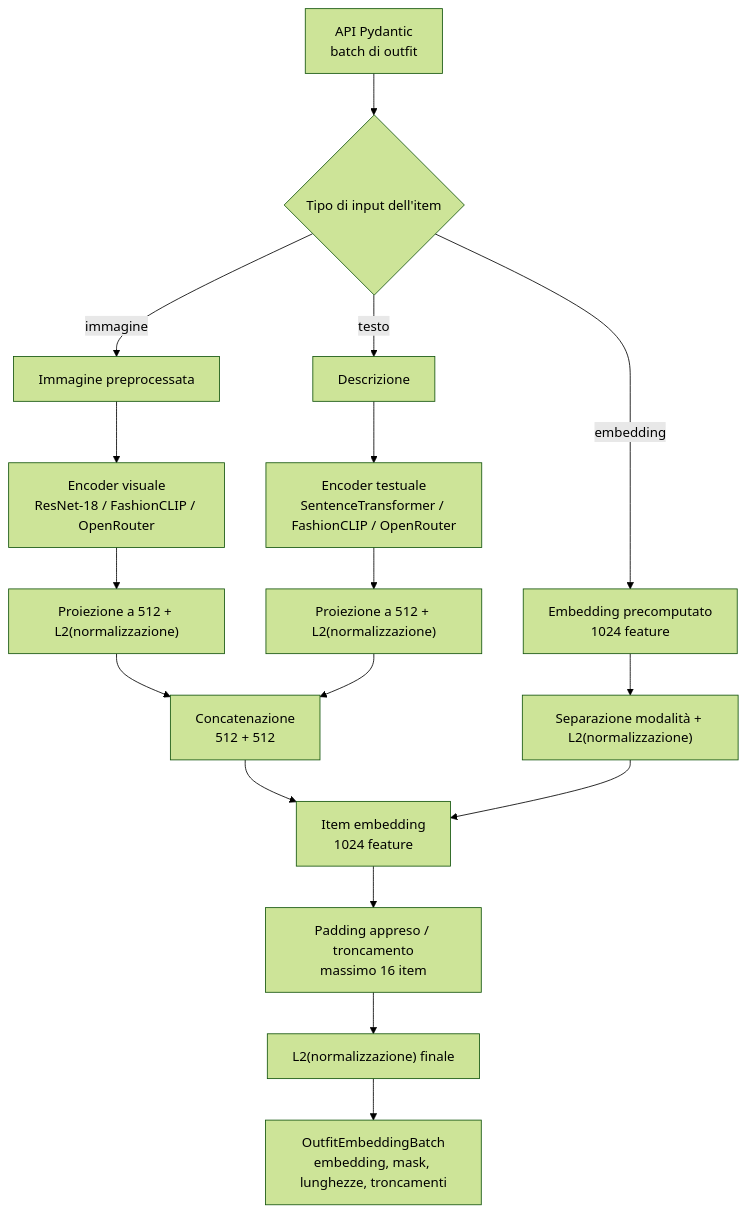
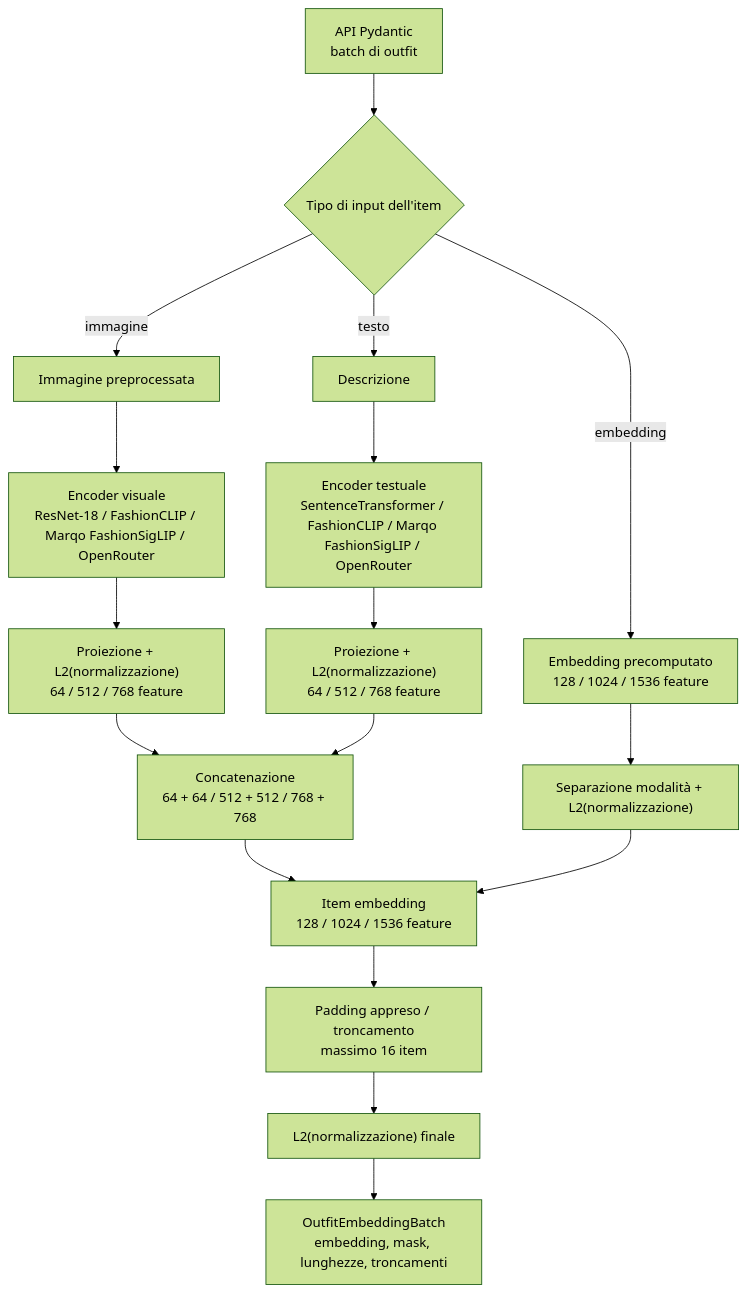
The diagram in model/common/README.md (FlorindoDev/OutfitTransformer), drawn with Mermaid (forest theme) before and after one commit. The commit also changed other lines of this file and 26 other files, not shown here.

First line of the commit message:
feat: aggiungi Marqo FashionSigLIP e precompute

````diff
--- a/model/common/README.md
+++ b/model/common/README.md
@@ -34,23 +42,23 @@
 ```mermaid
 flowchart TD
     API["API Pydantic<br/>batch di outfit"] --> TYPE{"Tipo di input dell'item"}
 
     TYPE -->|"immagine"| IMAGE["Immagine preprocessata"]
     TYPE -->|"testo"| TEXT["Descrizione"]
-    TYPE -->|"embedding"| PRE["Embedding precomputato<br/>1024 feature"]
+    TYPE -->|"embedding"| PRE["Embedding precomputato<br/>128 / 1024 / 1536 feature"]
 
-    IMAGE --> VE["Encoder visuale<br/>ResNet-18 / FashionCLIP / OpenRouter"]
-    TEXT --> TE["Encoder testuale<br/>SentenceTransformer / FashionCLIP / OpenRouter"]
-    VE --> VP["Proiezione a 512 + L2(normalizzazione)"]
-    TE --> TP["Proiezione a 512 + L2(normalizzazione)"]
-    VP --> CAT["Concatenazione<br/>512 + 512"]
+    IMAGE --> VE["Encoder visuale<br/>ResNet-18 / FashionCLIP / Marqo FashionSigLIP / OpenRouter"]
+    TEXT --> TE["Encoder testuale<br/>SentenceTransformer / FashionCLIP / Marqo FashionSigLIP / OpenRouter"]
+    VE --> VP["Proiezione + L2(normalizzazione)<br/>64 / 512 / 768 feature"]
+    TE --> TP["Proiezione + L2(normalizzazione)<br/>64 / 512 / 768 feature"]
+    VP --> CAT["Concatenazione<br/>64 + 64 / 512 + 512 / 768 + 768"]
     TP --> CAT
 
-    CAT --> ITEM["Item embedding<br/>1024 feature"]
+    CAT --> ITEM["Item embedding<br/>128 / 1024 / 1536 feature"]
     PRE --> PN["Separazione modalità + L2(normalizzazione)"]
     PN --> ITEM
 
     ITEM --> PAD["Padding appreso / troncamento<br/>massimo 16 item"]
     PAD --> L2["L2(normalizzazione) finale"]
     L2 --> OUT["OutfitEmbeddingBatch<br/>embedding, mask, lunghezze, troncamenti"]
 ```
````
